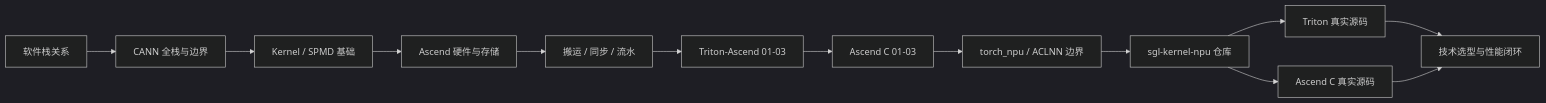
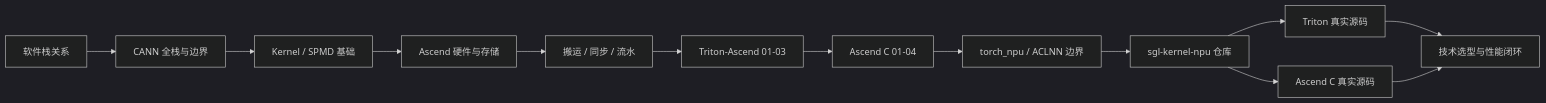
The diagram in learning/ascend-kernel-infra/README.md (cl-vv-h/SGLang_Tutor), drawn with Mermaid (dark theme) before and after one commit. The commit also changed other lines of this file and 4 other files, not shown here.

````diff
--- a/learning/ascend-kernel-infra/README.md
+++ b/learning/ascend-kernel-infra/README.md
@@ -86,15 +87,15 @@
 ```mermaid
 flowchart LR
   A["软件栈关系"] --> B0["CANN 全栈与边界"]
   B0 --> B["Kernel / SPMD 基础"]
   B --> C["Ascend 硬件与存储"]
   C --> D["搬运 / 同步 / 流水"]
   D --> E["Triton-Ascend 01-03"]
-  E --> F["Ascend C 01-03"]
+  E --> F["Ascend C 01-04"]
   F --> G["torch_npu / ACLNN 边界"]
   G --> H["sgl-kernel-npu 仓库"]
   H --> I["Triton 真实源码"]
   H --> J["Ascend C 真实源码"]
   I --> K["技术选型与性能闭环"]
   J --> K
 ```
````
